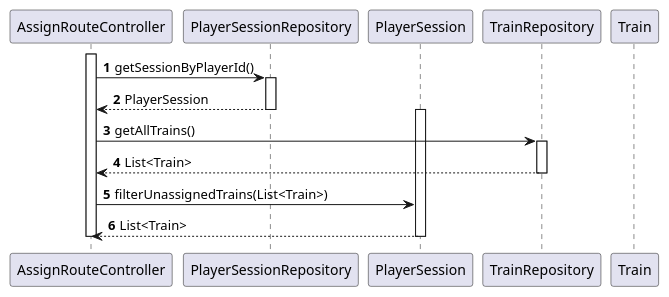
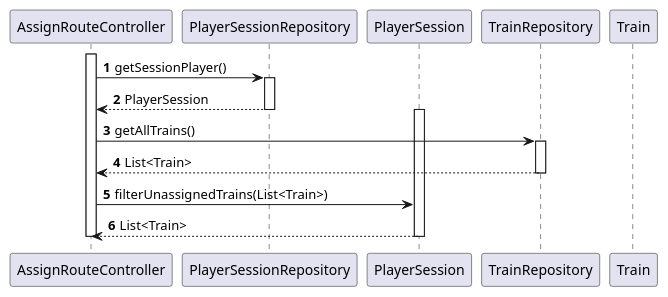
Before and after one commit to Andremonteiro1240850/railway_simulator: the diagram in docs/system-documentation/US10/03.design/puml/US10-SD-partial-get-available-trains.puml, drawn with PlantUML. The commit also changed 19 other files, not shown here.

```diff
--- a/docs/system-documentation/US10/03.design/puml/US10-SD-partial-get-available-trains.puml
+++ b/docs/system-documentation/US10/03.design/puml/US10-SD-partial-get-available-trains.puml
@@ -1,26 +1,26 @@
 @startuml
 autonumber
 participant AssignRouteController
 activate AssignRouteController
 participant PlayerSessionRepository
 participant PlayerSession
 participant TrainRepository
 participant Train
 
-AssignRouteController -> PlayerSessionRepository : getSessionByPlayerId()
+AssignRouteController -> PlayerSessionRepository : getSessionPlayer()
 activate PlayerSessionRepository
 PlayerSessionRepository --> AssignRouteController : PlayerSession
 deactivate PlayerSessionRepository
 activate PlayerSession
 
 AssignRouteController -> TrainRepository : getAllTrains()
 activate TrainRepository
 TrainRepository --> AssignRouteController : List<Train>
 deactivate TrainRepository
 
 AssignRouteController -> PlayerSession : filterUnassignedTrains(List<Train>)
 PlayerSession --> AssignRouteController : List<Train>
 
 deactivate PlayerSession
 deactivate AssignRouteController
 @enduml
```
